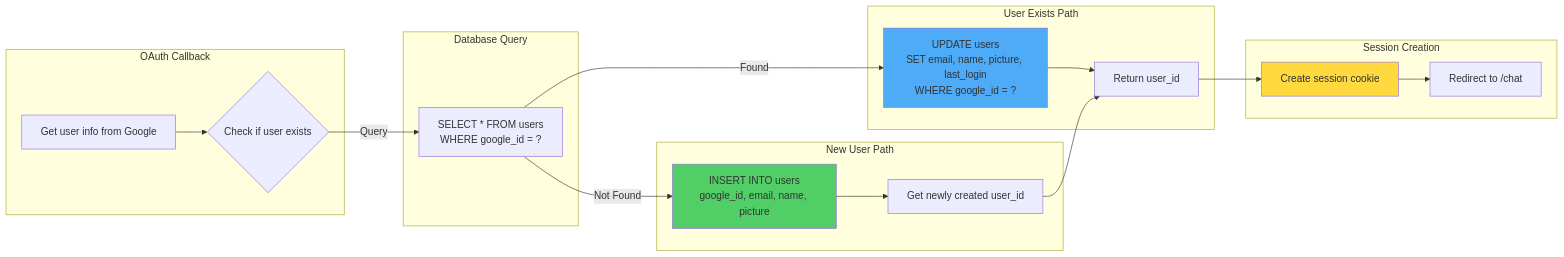
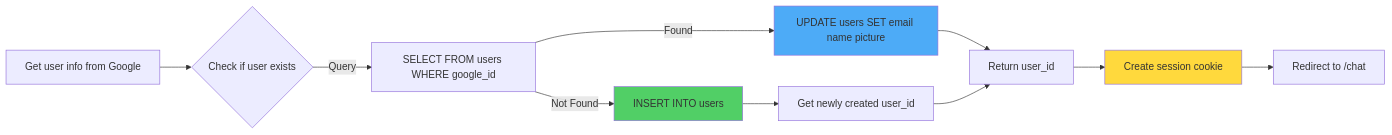
Before and after one commit to DANI-cloud-del/Flask: the sixth of 15 diagrams in docs/OAUTH_FLOWCHART.md, drawn with Mermaid. The commit also changed other lines of this file, not shown here.

Commit message:
Fix Mermaid syntax errors in flowcharts - escape special characters and fix line breaks

````diff
--- a/docs/OAUTH_FLOWCHART.md
+++ b/docs/OAUTH_FLOWCHART.md
@@ -210,30 +210,19 @@
 ```mermaid
 flowchart LR
-    subgraph "OAuth Callback"
-        A[Get user info from Google] --> B{Check if user exists}
-    end
+    A[Get user info from Google] --> B{Check if user exists}
+    B -->|Query| C[SELECT FROM users WHERE google_id]
     
-    subgraph "Database Query"
-        B -->|Query| C[SELECT * FROM users<br/>WHERE google_id = ?]
-    end
+    C -->|Found| D[UPDATE users SET email name picture]
+    C -->|Not Found| E[INSERT INTO users]
     
-    subgraph "User Exists Path"
-        C -->|Found| D[UPDATE users<br/>SET email, name, picture, last_login<br/>WHERE google_id = ?]
-        D --> G[Return user_id]
-    end
+    D --> G[Return user_id]
+    E --> F[Get newly created user_id]
+    F --> G
     
-    subgraph "New User Path"
-        C -->|Not Found| E[INSERT INTO users<br/>google_id, email, name, picture]
-        E --> F[Get newly created user_id]
-        F --> G
-    end
-    
-    subgraph "Session Creation"
-        G --> H[Create session cookie]
-        H --> I[Redirect to /chat]
-    end
+    G --> H[Create session cookie]
+    H --> I[Redirect to /chat]
     
     style D fill:#4dabf7
     style E fill:#51cf66
     style H fill:#ffd93d
 ```
````
